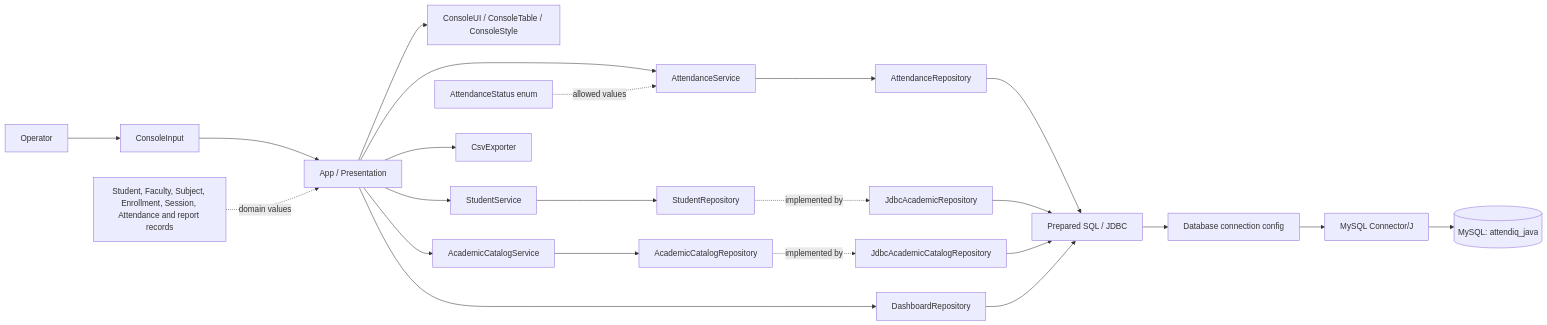
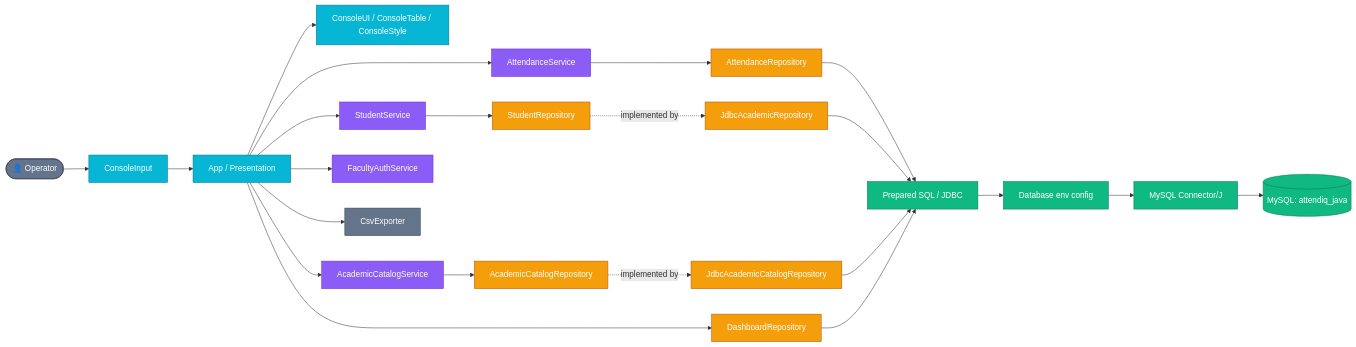
One commit to vishweshwaranbalasundaram/Attend-IQ changed the first of 6 diagrams in README.md. Above: the diagram before and after it, drawn with Mermaid. The commit also changed other lines of this file and 9 other files, not shown here.

Commit message:
docs: update Attend-IQ setup and architecture

````diff
--- a/README.md
+++ b/README.md
@@ -83,25 +135,34 @@
 ```mermaid
 flowchart LR
-    Operator[Operator] --> Input[ConsoleInput]
-    Input --> App[App / Presentation]
-    App --> UI[ConsoleUI / ConsoleTable / ConsoleStyle]
-    App --> AttendanceService
-    App --> StudentService
-    App --> CatalogService[AcademicCatalogService]
-    App --> Dashboard[DashboardRepository]
-    App --> CSV[CsvExporter]
-    AttendanceService --> AttendancePort[AttendanceRepository]
-    StudentService --> StudentPort[StudentRepository]
-    CatalogService --> CatalogPort[AcademicCatalogRepository]
-    AttendancePort --> JDBC[Prepared SQL / JDBC]
-    StudentPort -. implemented by .-> StudentJdbc[JdbcAcademicRepository]
-    CatalogPort -. implemented by .-> CatalogJdbc[JdbcAcademicCatalogRepository]
+    classDef ui fill:#06b6d4,stroke:#0e7490,color:#fff
+    classDef svc fill:#8b5cf6,stroke:#6d28d9,color:#fff
+    classDef repo fill:#f59e0b,stroke:#b45309,color:#fff
+    classDef db fill:#10b981,stroke:#047857,color:#fff
+    classDef misc fill:#64748b,stroke:#334155,color:#fff
+
+    Operator([👤 Operator]):::misc --> Input[ConsoleInput]:::ui
+    Input --> App[App / Presentation]:::ui
+    App --> UI[ConsoleUI / ConsoleTable / ConsoleStyle]:::ui
+
+    App --> AttendanceService:::svc
+    App --> StudentService:::svc
+    App --> CatalogService[AcademicCatalogService]:::svc
+    App --> FacultyAuthService:::svc
+    App --> Dashboard[DashboardRepository]:::repo
+    App --> CSV[CsvExporter]:::misc
+
+    AttendanceService --> AttendancePort[AttendanceRepository]:::repo
+    StudentService --> StudentPort[StudentRepository]:::repo
+    CatalogService --> CatalogPort[AcademicCatalogRepository]:::repo
+
+    StudentPort -. implemented by .-> StudentJdbc[JdbcAcademicRepository]:::repo
+    CatalogPort -. implemented by .-> CatalogJdbc[JdbcAcademicCatalogRepository]:::repo
+
+    AttendancePort --> JDBC[Prepared SQL / JDBC]:::db
     StudentJdbc --> JDBC
     CatalogJdbc --> JDBC
     Dashboard --> JDBC
-    JDBC --> Database[Database connection config]
-    Database --> Connector[MySQL Connector/J]
-    Connector --> MySQL[(MySQL: attendiq_java)]
-    Services[Student, Faculty, Subject, Enrollment, Session, Attendance and report records] -. domain values .-> App
-    Status[AttendanceStatus enum] -. allowed values .-> AttendanceService
+    JDBC --> Database[Database env config]:::db
+    Database --> Connector[MySQL Connector/J]:::db
+    Connector --> MySQL[(MySQL: attendiq_java)]:::db
 ```
````
